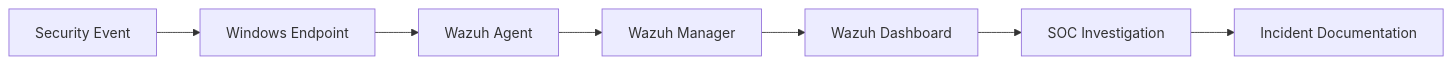
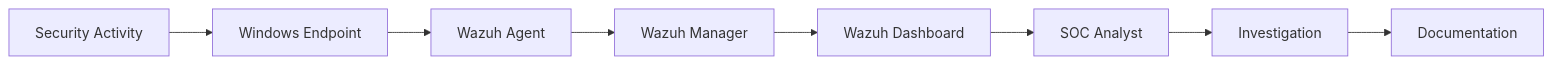
One commit to Sayanhakerz/Home-SOC-Lab changed the second of 8 diagrams in README.md. Above: the diagram before and after it, drawn with Mermaid. The commit also changed other lines of this file, not shown here.

````diff
--- a/README.md
+++ b/README.md
@@ -58,10 +93,11 @@
 ```mermaid
 flowchart LR
 
-    A["Security Event"] --> B["Windows Endpoint"]
+    A["Security Activity"] --> B["Windows Endpoint"]
     B --> C["Wazuh Agent"]
     C --> D["Wazuh Manager"]
     D --> E["Wazuh Dashboard"]
-    E --> F["SOC Investigation"]
-    F --> G["Incident Documentation"]
+    E --> F["SOC Analyst"]
+    F --> G["Investigation"]
+    G --> H["Documentation"]
 ```
````
